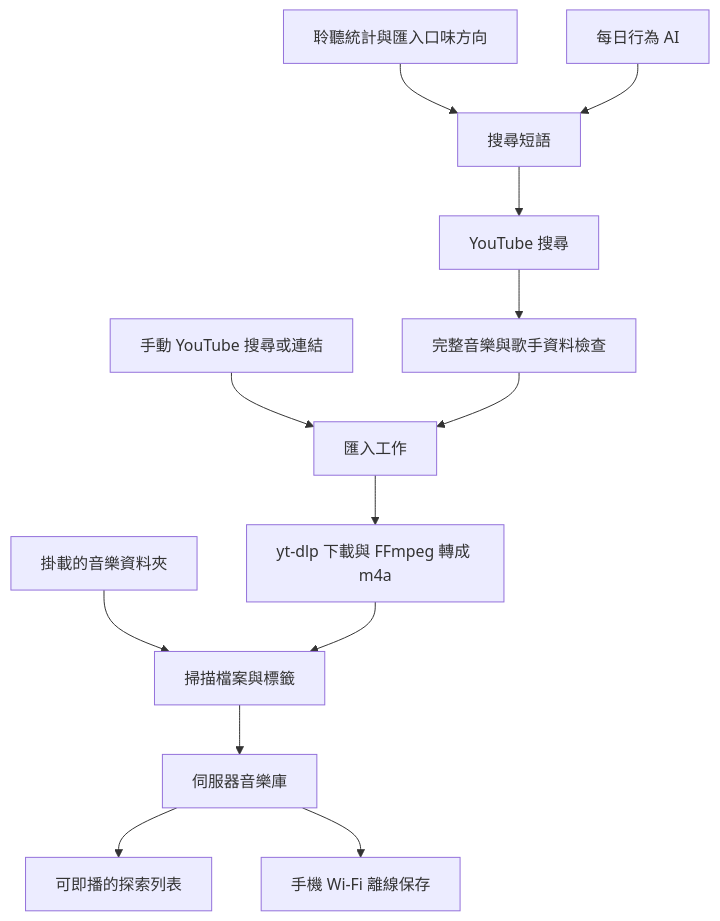
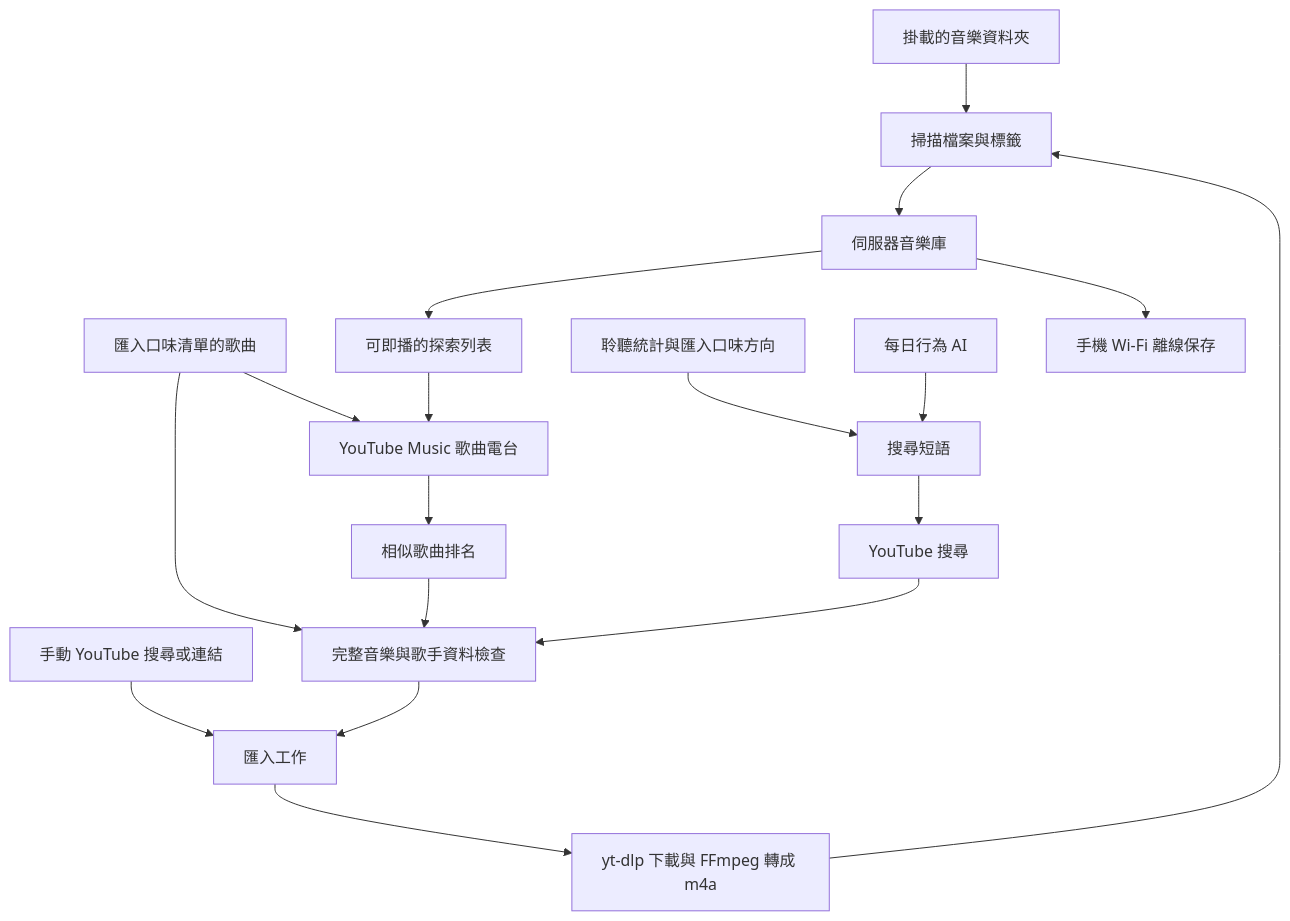
One commit to ab003317/Echo changed the diagram in docs/recommendation-engine.md. Above: the diagram before and after it, drawn with Mermaid. The commit also changed other lines of this file and 10 other files, not shown here.

````diff
--- a/docs/recommendation-engine.md
+++ b/docs/recommendation-engine.md
@@ -9,15 +9,20 @@
 ```mermaid
 flowchart TD
     A[掛載的音樂資料夾] --> B[掃描檔案與標籤]
     C[手動 YouTube 搜尋或連結] --> D[匯入工作]
+    S[匯入口味清單的歌曲] --> I
+    S --> R[YouTube Music 歌曲電台]
+    L[最愛與重播的歌曲] --> R
+    R --> N[相似歌曲排名]
+    N --> I
     E[聆聽統計與匯入口味方向] --> F[搜尋短語]
     G[每日行為 AI] --> F
     F --> H[YouTube 搜尋]
     H --> I[完整音樂與歌手資料檢查]
     I --> D
     D --> J[yt-dlp 下載與 FFmpeg 轉成 m4a]
     J --> B
     B --> K[伺服器音樂庫]
     K --> L[可即播的探索列表]
     K --> M[手機 Wi-Fi 離線保存]
 ```
````
